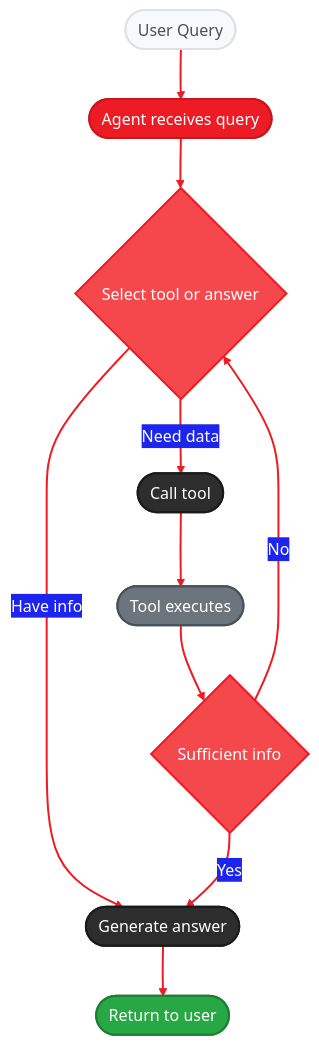
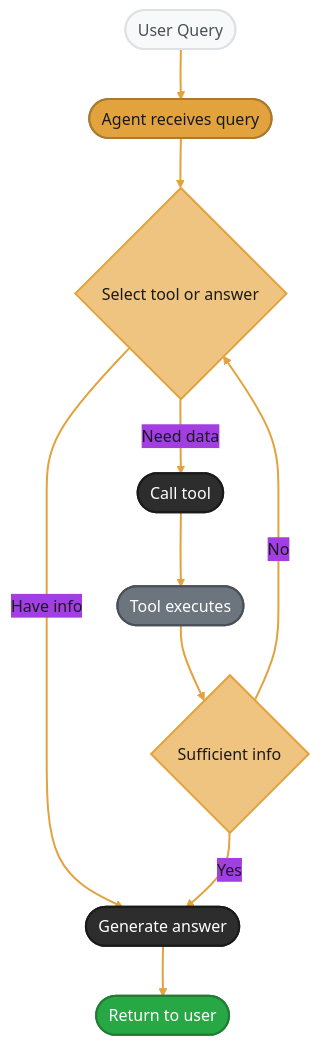
One commit to amd/gaia changed the second of 3 diagrams in docs/playbooks/chat-agent/part-1-getting-started.mdx. Above: the diagram before and after it, drawn with Mermaid. The commit also changed other lines of this file and 37 other files, not shown here.

````diff
--- a/docs/playbooks/chat-agent/part-1-getting-started.mdx
+++ b/docs/playbooks/chat-agent/part-1-getting-started.mdx
@@ -205,24 +205,24 @@
 ```mermaid
-%%{init: {'theme':'base', 'themeVariables': { 'primaryColor':'#ED1C24', 'primaryTextColor':'#fff', 'primaryBorderColor':'#C8171E', 'lineColor':'#F4484D', 'fontFamily': 'system-ui, -apple-system, sans-serif'}}}%%
+%%{init: {'theme':'base', 'themeVariables': { 'primaryColor':'#E2A33E', 'primaryTextColor':'#1a1a1a', 'primaryBorderColor':'#A87B2D', 'lineColor':'#EFC480', 'fontFamily': 'system-ui, -apple-system, sans-serif'}}}%%
 flowchart TD
     A(["User Query"]) --> B(["Agent receives query"])
     B --> C{"Select tool or answer"}
     C -->|"Need data"| D(["Call tool"])
     C -->|"Have info"| E(["Generate answer"])
     D --> F(["Tool executes"])
     F --> G{"Sufficient info"}
     G -->|"No"| C
     G -->|"Yes"| E
     E --> H(["Return to user"])
 
     style A fill:#f8f9fa,stroke:#dee2e6,stroke-width:2px,color:#495057
-    style B fill:#ED1C24,stroke:#C8171E,stroke-width:2px,color:#fff
-    style C fill:#F4484D,stroke:#ED1C24,stroke-width:2px,color:#fff
+    style B fill:#E2A33E,stroke:#A87B2D,stroke-width:2px,color:#1a1a1a
+    style C fill:#EFC480,stroke:#E2A33E,stroke-width:2px,color:#1a1a1a
     style D fill:#2d2d2d,stroke:#1a1a1a,stroke-width:2px,color:#fff
     style E fill:#2d2d2d,stroke:#1a1a1a,stroke-width:2px,color:#fff
     style F fill:#6c757d,stroke:#495057,stroke-width:2px,color:#fff
-    style G fill:#F4484D,stroke:#ED1C24,stroke-width:2px,color:#fff
+    style G fill:#EFC480,stroke:#E2A33E,stroke-width:2px,color:#1a1a1a
     style H fill:#28a745,stroke:#1e7e34,stroke-width:2px,color:#fff
 
-    linkStyle 0,1,2,3,4,5,6,7,8 stroke:#ED1C24,stroke-width:2px
+    linkStyle 0,1,2,3,4,5,6,7,8 stroke:#E2A33E,stroke-width:2px
 ```
````
